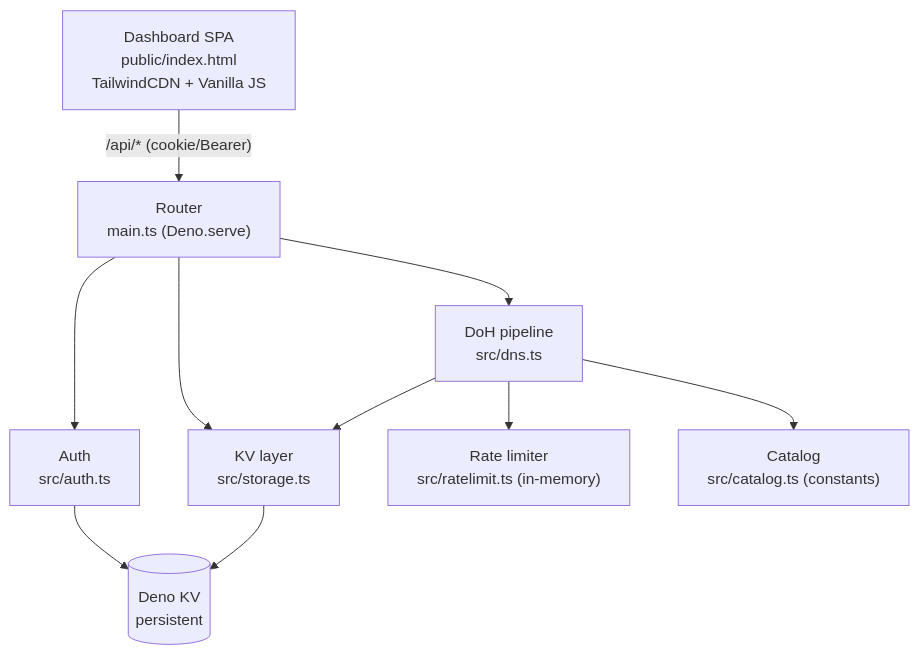
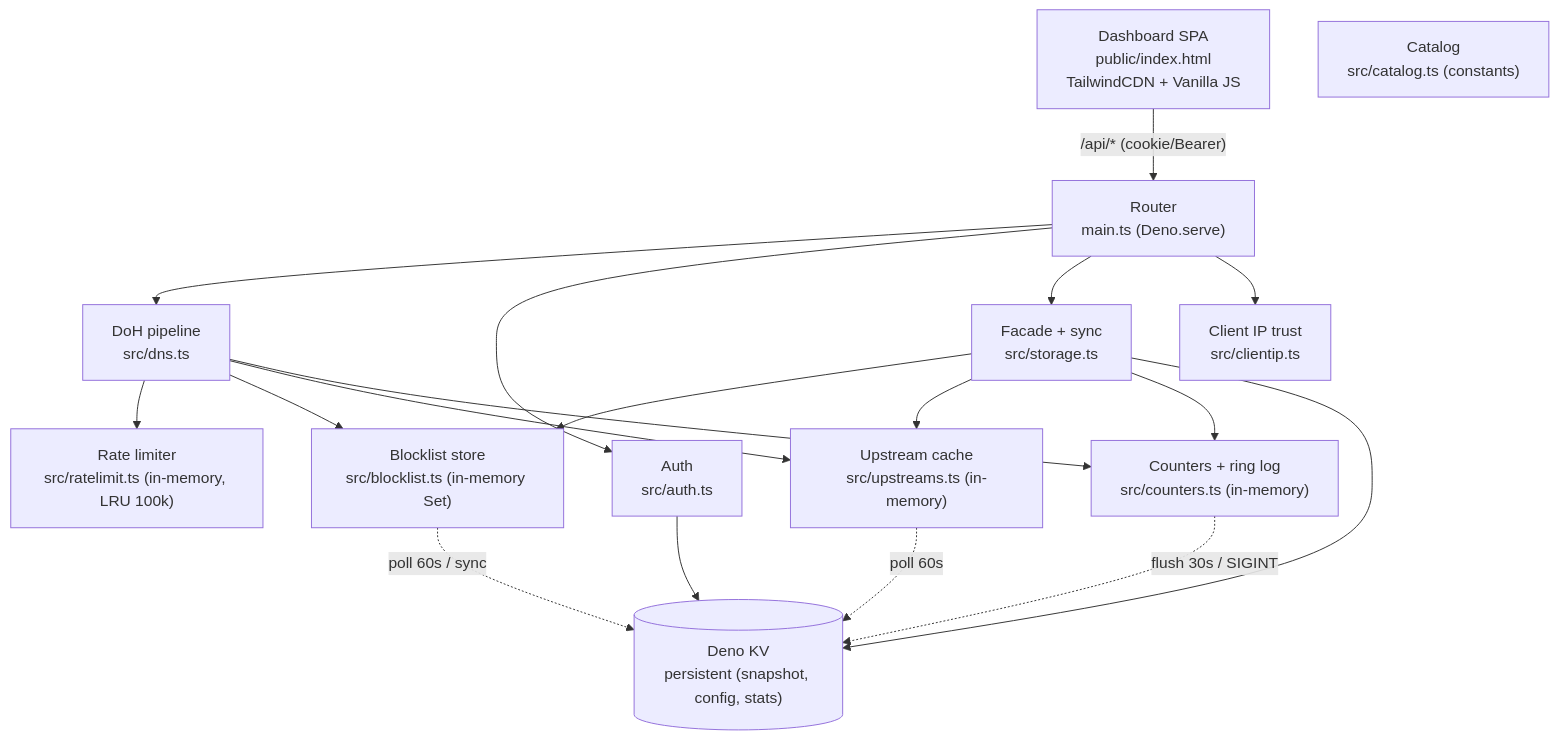
The second of 5 diagrams in docs/ARCHITECTURE.md (annguyen0/deno-dns), drawn with Mermaid before and after one commit. The commit also changed other lines of this file and 2 other files, not shown here.

First line of the commit message:
docs(dns): align architecture with runtime caching changes

````diff
--- a/docs/ARCHITECTURE.md
+++ b/docs/ARCHITECTURE.md
@@ -45,17 +46,25 @@
 ```mermaid
 flowchart TB
     AdminUI["Dashboard SPA<br/>public/index.html<br/>TailwindCDN + Vanilla JS"]
     Router["Router<br/>main.ts (Deno.serve)"]
     DNS["DoH pipeline<br/>src/dns.ts"]
     AUTH["Auth<br/>src/auth.ts"]
-    STORE["KV layer<br/>src/storage.ts"]
-    RL["Rate limiter<br/>src/ratelimit.ts (in-memory)"]
+    STORE["Facade + sync<br/>src/storage.ts"]
+    RL["Rate limiter<br/>src/ratelimit.ts (in-memory, LRU 100k)"]
     CAT["Catalog<br/>src/catalog.ts (constants)"]
-    KV[("Deno KV<br/>persistent")]
+    BLK["Blocklist store<br/>src/blocklist.ts (in-memory Set)"]
+    UP["Upstream cache<br/>src/upstreams.ts (in-memory)"]
+    CNT["Counters + ring log<br/>src/counters.ts (in-memory)"]
+    CIP["Client IP trust<br/>src/clientip.ts"]
+    KV[("Deno KV<br/>persistent (snapshot, config, stats)")]
 
     AdminUI -- "/api/* (cookie/Bearer)" --> Router
-    Router --> DNS & AUTH & STORE
-    DNS --> RL & STORE & CAT
+    Router --> DNS & AUTH & STORE & CIP
+    DNS --> RL & BLK & UP & CNT
+    STORE --> BLK & UP & CNT
+    STORE --> KV
     AUTH --> KV
-    STORE --> KV
+    BLK -. "poll 60s / sync" .-> KV
+    UP -. "poll 60s" .-> KV
+    CNT -. "flush 30s / SIGINT" .-> KV
 ```
````
